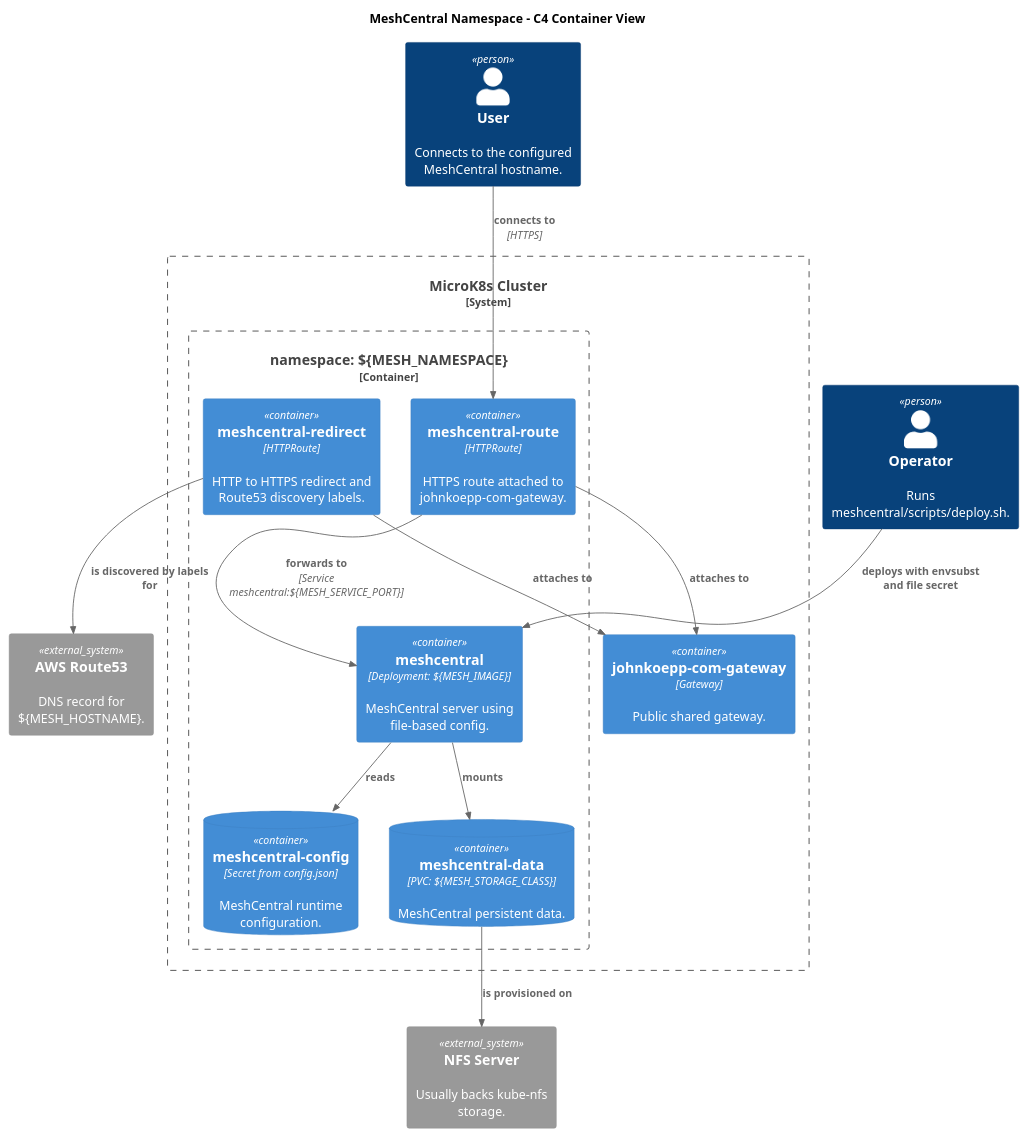
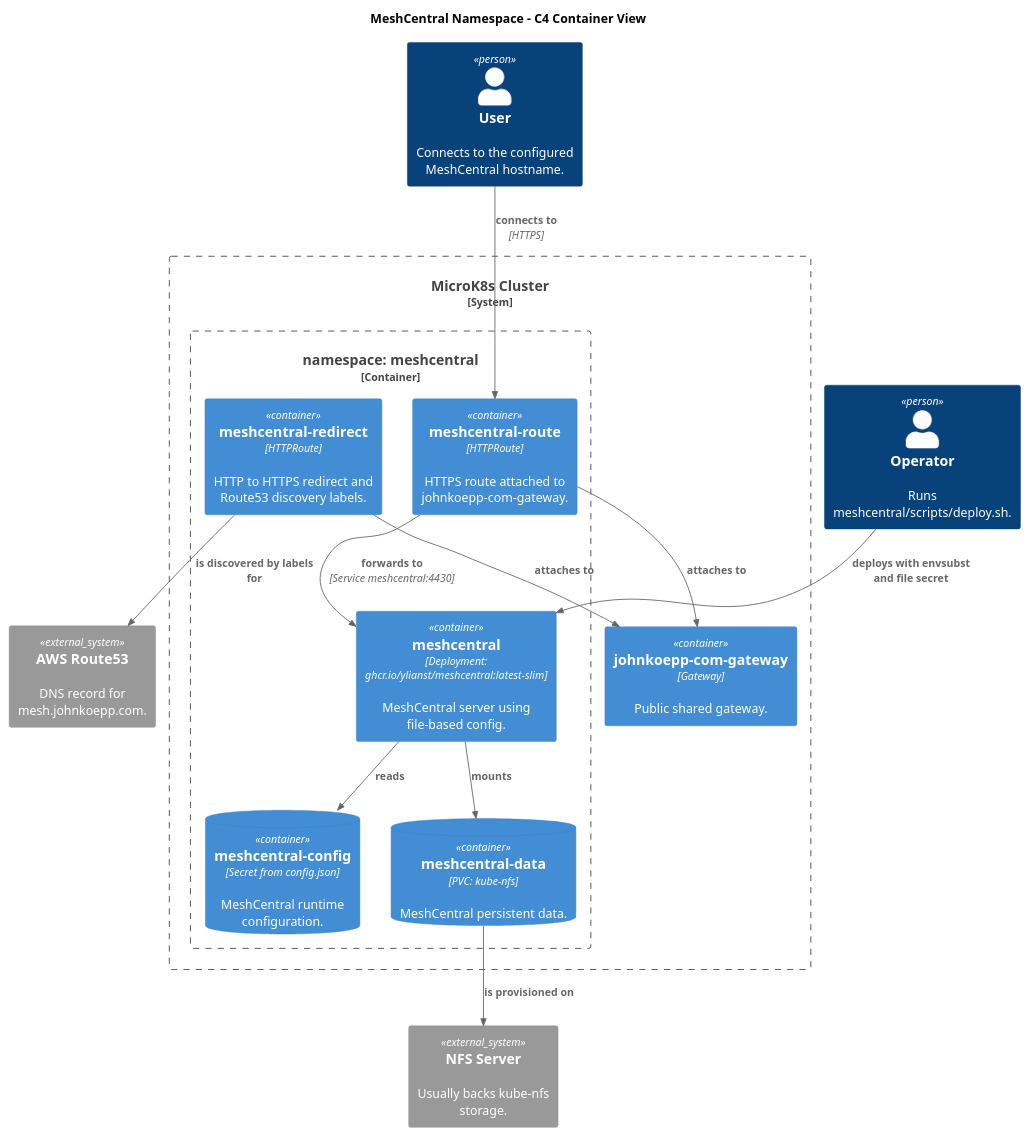
One commit to koeppj/kubernetes-sandbox changed the diagram in docs/c4/meshcentral.puml. Above: the diagram before and after it, drawn with PlantUML. The commit also changed 11 other files, not shown here.

```diff
--- a/docs/c4/meshcentral.puml
+++ b/docs/c4/meshcentral.puml
@@ -1,34 +1,34 @@
 @startuml meshcentral
 !includeurl https://raw.githubusercontent.com/plantuml-stdlib/C4-PlantUML/master/C4_Container.puml
 
 title MeshCentral Namespace - C4 Container View
 
 Person(user, "User", "Connects to the configured MeshCentral hostname.")
 Person(operator, "Operator", "Runs meshcentral/scripts/deploy.sh.")
 
 System_Boundary(cluster, "MicroK8s Cluster") {
-  Container_Boundary(ns, "namespace: ${MESH_NAMESPACE}") {
+  Container_Boundary(ns, "namespace: meshcentral") {
     Container(routeHttps, "meshcentral-route", "HTTPRoute", "HTTPS route attached to johnkoepp-com-gateway.")
     Container(routeRedirect, "meshcentral-redirect", "HTTPRoute", "HTTP to HTTPS redirect and Route53 discovery labels.")
-    Container(meshcentral, "meshcentral", "Deployment: ${MESH_IMAGE}", "MeshCentral server using file-based config.")
+    Container(meshcentral, "meshcentral", "Deployment: ghcr.io/ylianst/meshcentral:latest-slim", "MeshCentral server using file-based config.")
     ContainerDb(configSecret, "meshcentral-config", "Secret from config.json", "MeshCentral runtime configuration.")
-    ContainerDb(dataPvc, "meshcentral-data", "PVC: ${MESH_STORAGE_CLASS}", "MeshCentral persistent data.")
+    ContainerDb(dataPvc, "meshcentral-data", "PVC: kube-nfs", "MeshCentral persistent data.")
   }
 
   Container(publicGateway, "johnkoepp-com-gateway", "Gateway", "Public shared gateway.")
 }
 
-System_Ext(route53, "AWS Route53", "DNS record for ${MESH_HOSTNAME}.")
+System_Ext(route53, "AWS Route53", "DNS record for mesh.johnkoepp.com.")
 System_Ext(nfs, "NFS Server", "Usually backs kube-nfs storage.")
 
 Rel(user, routeHttps, "connects to", "HTTPS")
 Rel(routeHttps, publicGateway, "attaches to")
 Rel(routeRedirect, publicGateway, "attaches to")
 Rel(routeRedirect, route53, "is discovered by labels for")
-Rel(routeHttps, meshcentral, "forwards to", "Service meshcentral:${MESH_SERVICE_PORT}")
+Rel(routeHttps, meshcentral, "forwards to", "Service meshcentral:4430")
 Rel(meshcentral, configSecret, "reads")
 Rel(meshcentral, dataPvc, "mounts")
 Rel(dataPvc, nfs, "is provisioned on")
 Rel(operator, meshcentral, "deploys with envsubst and file secret")
 
 @enduml
```
